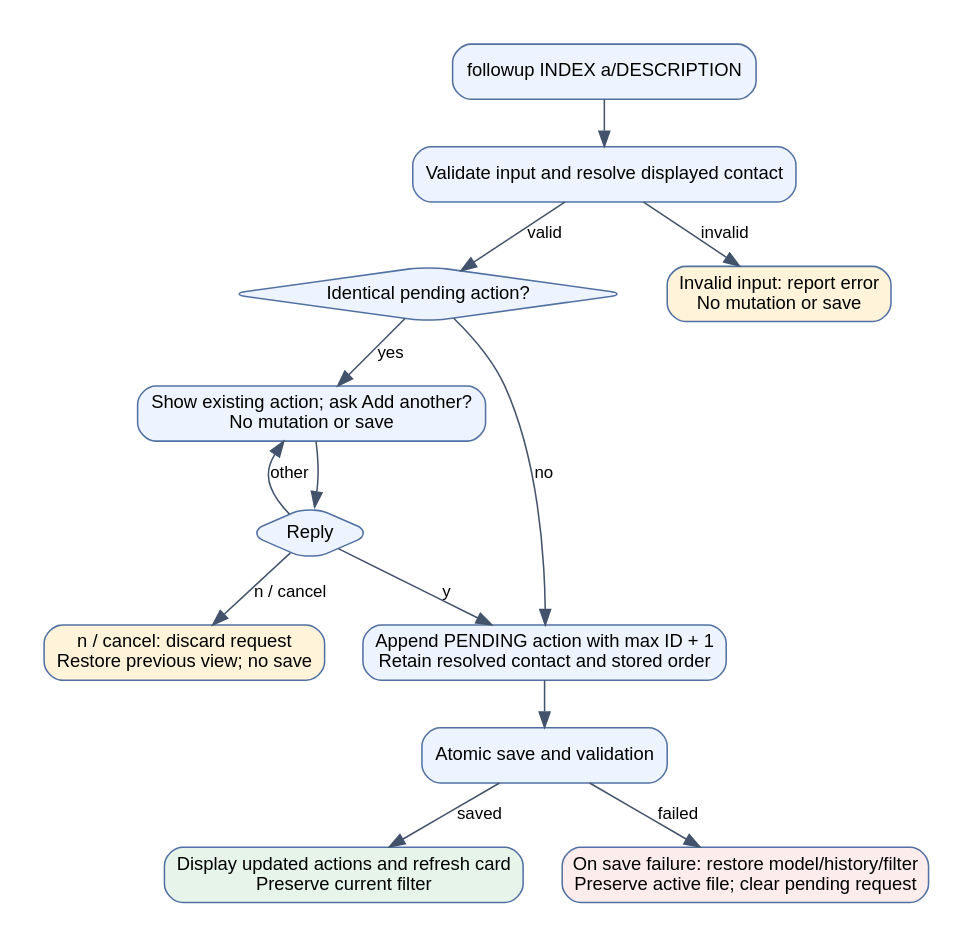
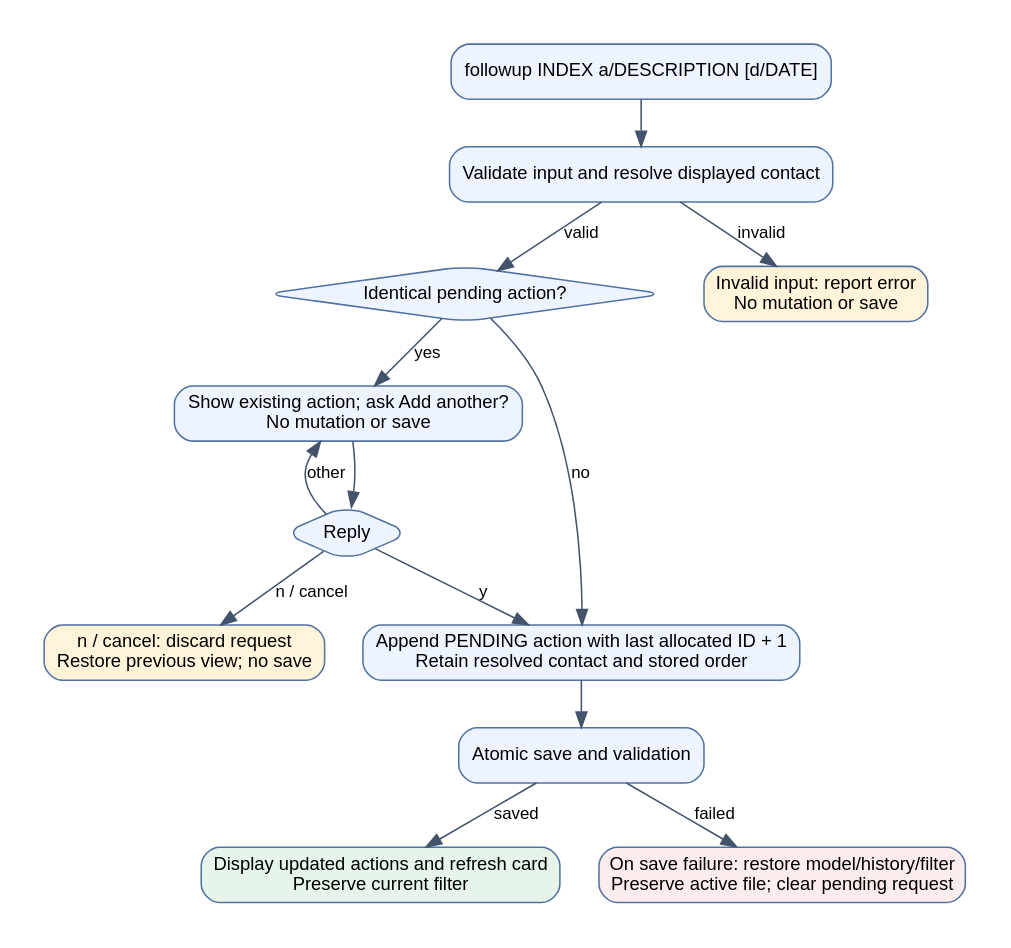
The diagram in docs/diagrams/FollowUpActivityDiagram.dot (AY2627S1-CS2103-F13-2/tp), drawn with Graphviz before and after one commit. The commit also changed 18 other files, not shown here.

```diff
--- a/docs/diagrams/FollowUpActivityDiagram.dot
+++ b/docs/diagrams/FollowUpActivityDiagram.dot
@@ -1,28 +1,28 @@
 digraph FollowUp {
   graph [rankdir=TB, bgcolor="white", pad=0.3, nodesep=0.35, ranksep=0.4];
   node [shape=box, style="rounded,filled", fillcolor="#eef4ff", color="#5271a3", fontname="Arial", fontsize=12];
   edge [fontname="Arial", fontsize=11, color="#43536b"];
-  input [label="followup INDEX a/DESCRIPTION"];
+  input [label="followup INDEX a/DESCRIPTION [d/DATE]"];
   validate [label="Validate input and resolve displayed contact"];
   duplicate [shape=diamond, label="Identical pending action?"];
   ask [label="Show existing action; ask Add another?\nNo mutation or save"];
   reply [shape=diamond, label="Reply"];
-  append [label="Append PENDING action with max ID + 1\nRetain resolved contact and stored order"];
+  append [label="Append PENDING action with last allocated ID + 1\nRetain resolved contact and stored order"];
   save [label="Atomic save and validation"];
   success [label="Display updated actions and refresh card\nPreserve current filter", fillcolor="#e6f4ea"];
   cancel [label="n / cancel: discard request\nRestore previous view; no save", fillcolor="#fff4d9"];
   failure [label="On save failure: restore model/history/filter\nPreserve active file; clear pending request", fillcolor="#fdecec"];
   reject [label="Invalid input: report error\nNo mutation or save", fillcolor="#fff4d9"];
   input -> validate;
   validate -> duplicate [label="valid"];
   validate -> reject [label="invalid"];
   duplicate -> append [label="no"];
   duplicate -> ask [label="yes"];
   ask -> reply;
   reply -> append [label="y"];
   reply -> cancel [label="n / cancel"];
   reply -> ask [label="other"];
   append -> save;
   save -> success [label="saved"];
   save -> failure [label="failed"];
 }
```
